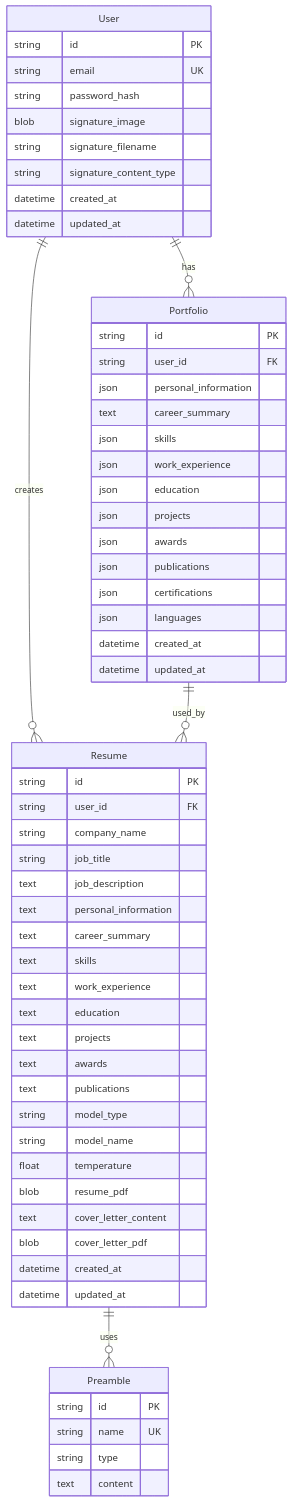
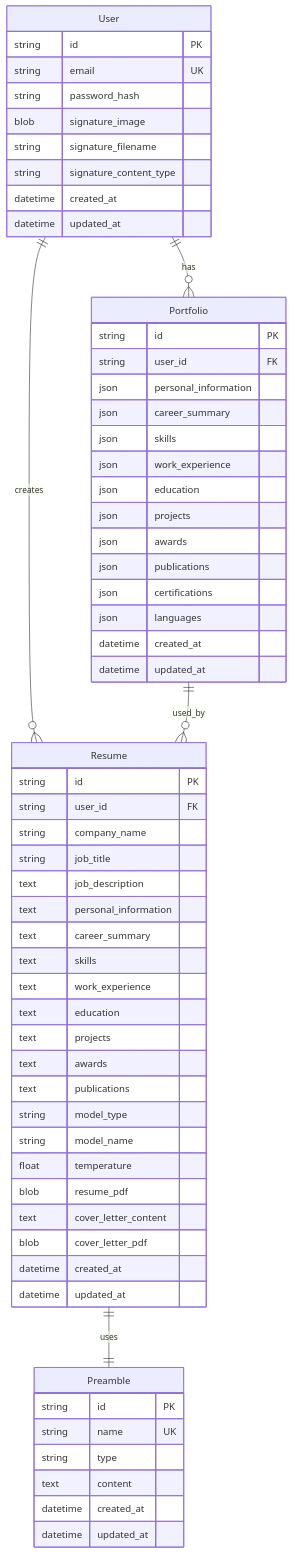
One commit to mucahitkayadan/Resume-Builder-TeX changed the diagram in design/er_diagram.mmd. Above: the diagram before and after it, drawn with Mermaid. The commit also changed 28 other files, not shown here.

```diff
--- a/design/er_diagram.mmd
+++ b/design/er_diagram.mmd
@@ -1,64 +1,66 @@
 erDiagram
     User {
         string id PK
         string email UK
         string password_hash
         blob signature_image
         string signature_filename
         string signature_content_type
         datetime created_at
         datetime updated_at
     }
 
     Portfolio {
         string id PK
         string user_id FK
         json personal_information
-        text career_summary
+        json career_summary
         json skills
         json work_experience
         json education
         json projects
         json awards
         json publications
         json certifications
         json languages
         datetime created_at
         datetime updated_at
     }
 
     Resume {
         string id PK
         string user_id FK
         string company_name
         string job_title
         text job_description
         text personal_information
         text career_summary
         text skills
         text work_experience
         text education
         text projects
         text awards
         text publications
         string model_type
         string model_name
         float temperature
         blob resume_pdf
         text cover_letter_content
         blob cover_letter_pdf
         datetime created_at
         datetime updated_at
     }
 
     Preamble {
         string id PK
         string name UK
         string type
         text content
+        datetime created_at
+        datetime updated_at
     }
 
-    User ||--o{ Portfolio : "has"
-    User ||--o{ Resume : "creates"
-    Portfolio ||--o{ Resume : "used_by"
-    Resume ||--o{ Preamble : "uses"
+    User ||--o{ Portfolio : has
+    User ||--o{ Resume : creates
+    Portfolio ||--o{ Resume : used_by
+    Resume ||--|| Preamble : uses
```
